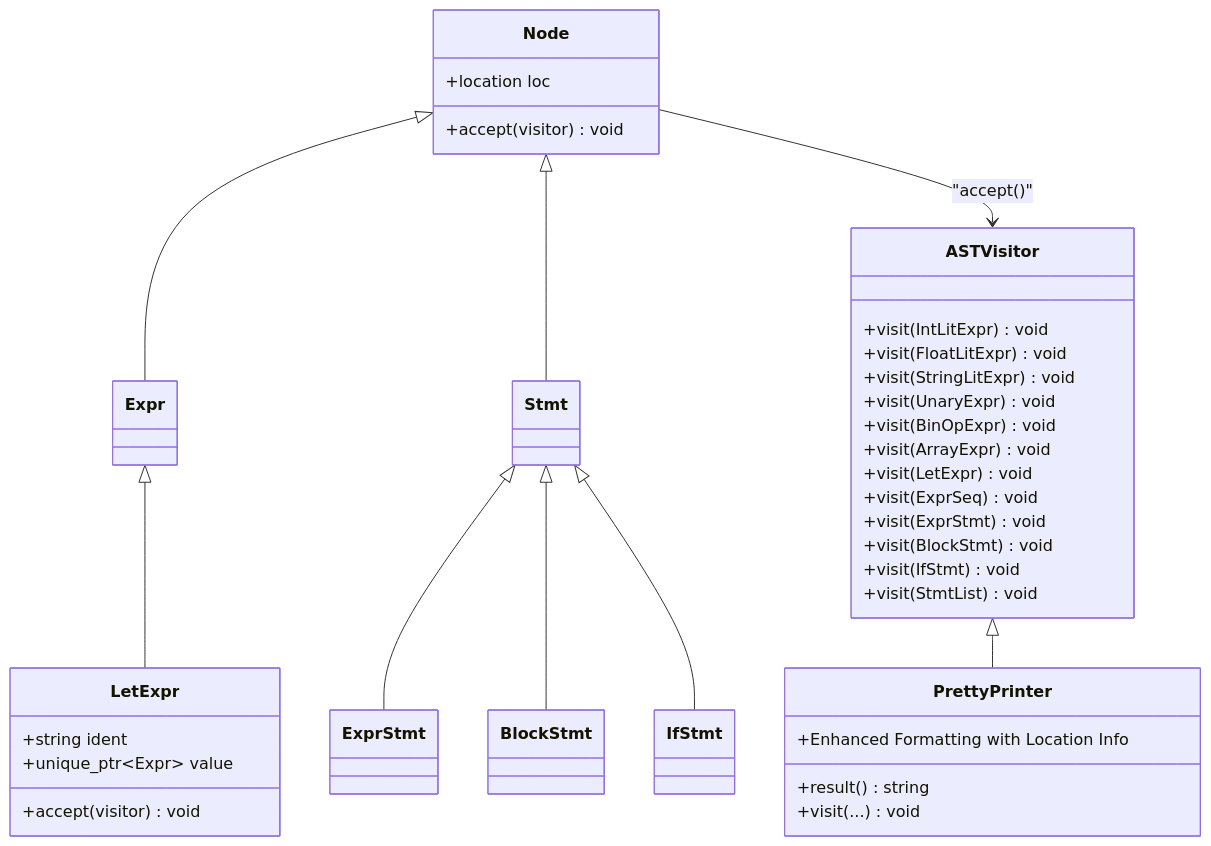
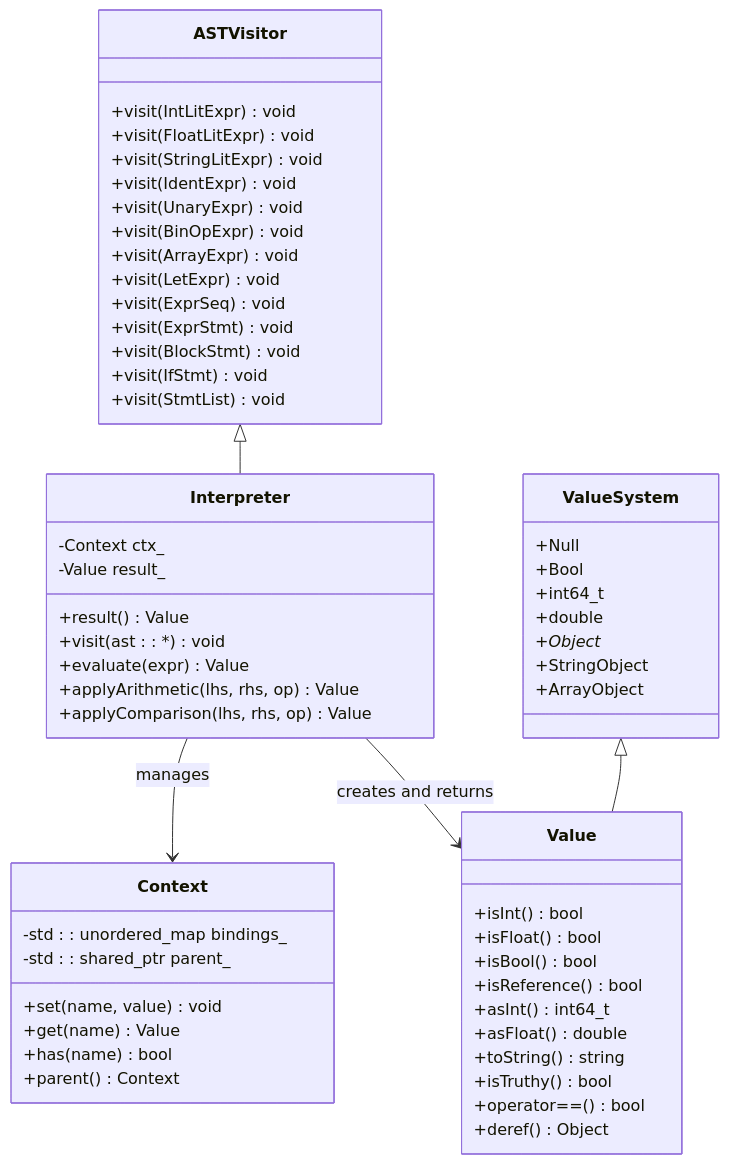
Before and after one commit to littlebirds/modern_bision: the fifth of 5 diagrams in .qoder/repowiki/en/content/Testing Framework.md, drawn with Mermaid. The commit also changed other lines of this file and 5 other files, not shown here.

````diff
--- a/.qoder/repowiki/en/content/Testing Framework.md
+++ b/.qoder/repowiki/en/content/Testing Framework.md
@@ -295,44 +382,60 @@
 ```mermaid
 classDiagram
-class Node {
-+location loc
-+accept(visitor) void
-}
-class Expr
-class Stmt
-class ExprStmt
-class BlockStmt
-class IfStmt
-class LetExpr {
-+string ident
-+unique_ptr~Expr~ value
-+accept(visitor) void
-}
 class ASTVisitor {
 +visit(IntLitExpr) void
 +visit(FloatLitExpr) void
 +visit(StringLitExpr) void
++visit(IdentExpr) void
 +visit(UnaryExpr) void
 +visit(BinOpExpr) void
 +visit(ArrayExpr) void
 +visit(LetExpr) void
 +visit(ExprSeq) void
 +visit(ExprStmt) void
 +visit(BlockStmt) void
 +visit(IfStmt) void
 +visit(StmtList) void
 }
-class PrettyPrinter {
-+result() string
-+visit(...) void
-+Enhanced Formatting with Location Info
+class Interpreter {
++result() Value
++visit(ast : : *) void
++evaluate(expr) Value
++applyArithmetic(lhs, rhs, op) Value
++applyComparison(lhs, rhs, op) Value
+-Context ctx_
+-Value result_
 }
-Node <|-- Expr
-Node <|-- Stmt
-Stmt <|-- ExprStmt
-Stmt <|-- BlockStmt
-Stmt <|-- IfStmt
-Expr <|-- LetExpr
-ASTVisitor <|-- PrettyPrinter
-Node --> ASTVisitor : "accept()"
+class Context {
++set(name, value) void
++get(name) Value
++has(name) bool
++parent() Context
+-std : : unordered_map bindings_
+-std : : shared_ptr parent_
+}
+class Value {
++isInt() bool
++isFloat() bool
++isBool() bool
++isReference() bool
++asInt() int64_t
++asFloat() double
++toString() string
++isTruthy() bool
++operator==() bool
++deref() Object
+}
+class ValueSystem {
++Null
++Bool
++int64_t
++double
++Object*
++StringObject
++ArrayObject
+}
+ASTVisitor <|-- Interpreter
+Interpreter --> Context : manages
+Interpreter --> Value : creates and returns
+ValueSystem <|-- Value
 ```
````
